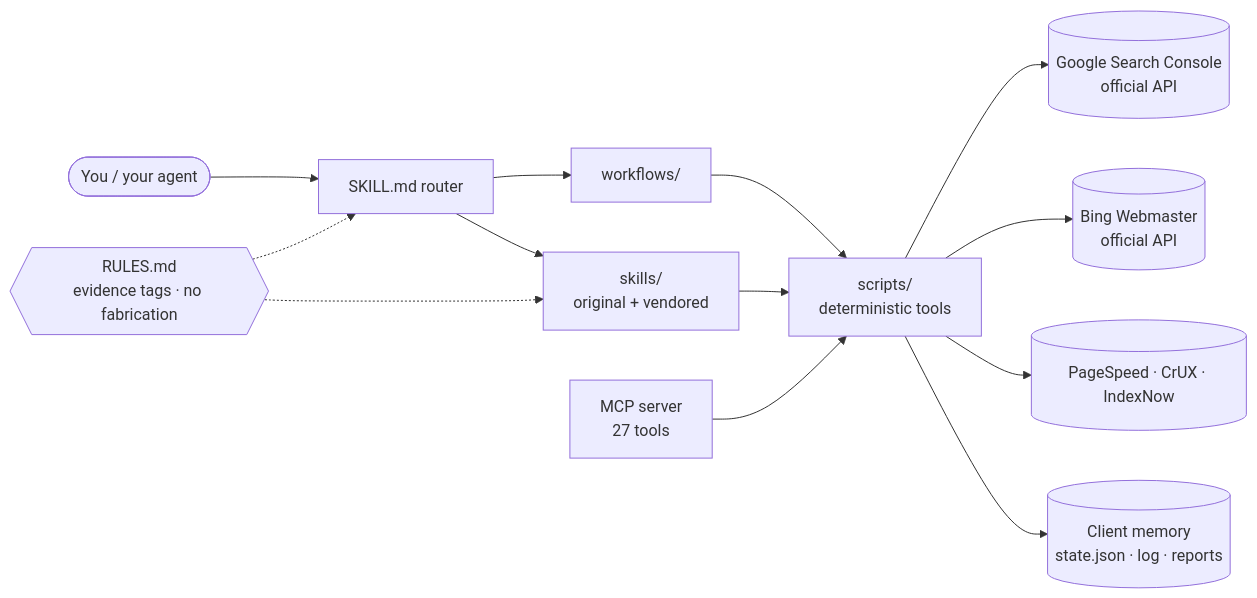
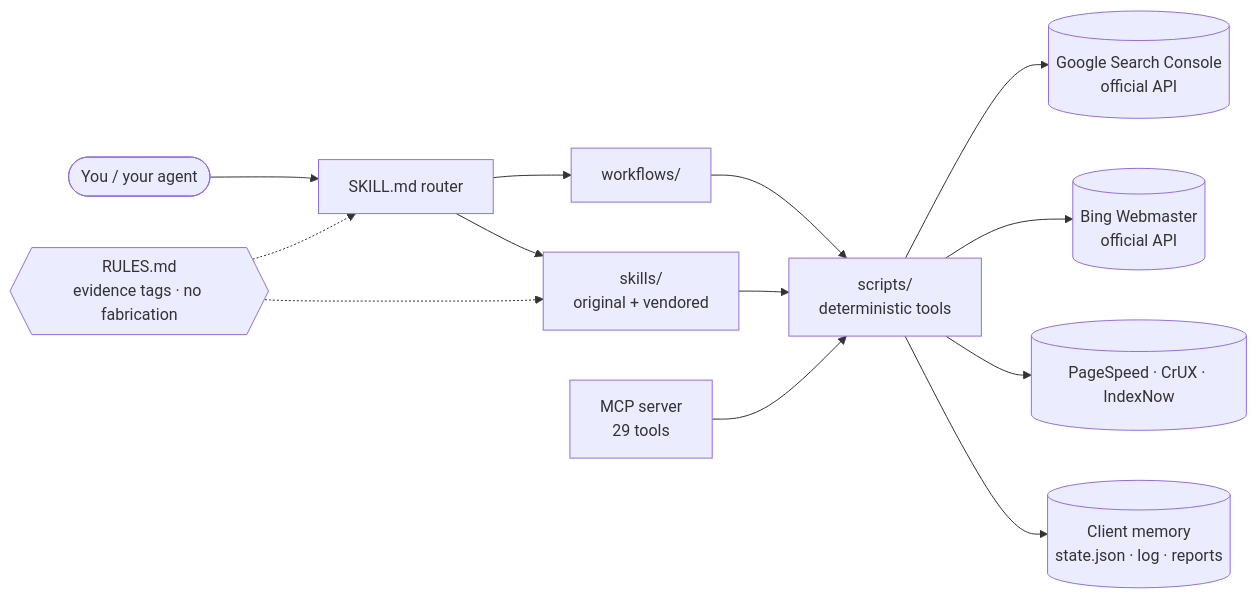
One commit to F0rger123/CLAUDE-SEO-GOD-MODE changed the diagram in README.md. Above: the diagram before and after it, drawn with Mermaid. The commit also changed other lines of this file and 31 other files, not shown here.

````diff
--- a/README.md
+++ b/README.md
@@ -159,15 +159,15 @@
 ```mermaid
 flowchart LR
     U([You / your agent]) --> R[SKILL.md router]
     R --> W[workflows/]
     R --> S[skills/<br/>original + vendored]
     W --> X[scripts/<br/>deterministic tools]
     S --> X
-    M[MCP server<br/>27 tools] --> X
+    M[MCP server<br/>29 tools] --> X
     X --> G[(Google Search Console<br/>official API)]
     X --> B[(Bing Webmaster<br/>official API)]
     X --> P[(PageSpeed · CrUX · IndexNow)]
     X --> C[(Client memory<br/>state.json · log · reports)]
     RU{{RULES.md<br/>evidence tags · no fabrication}} -.-> R
     RU -.-> S
 ```
````
